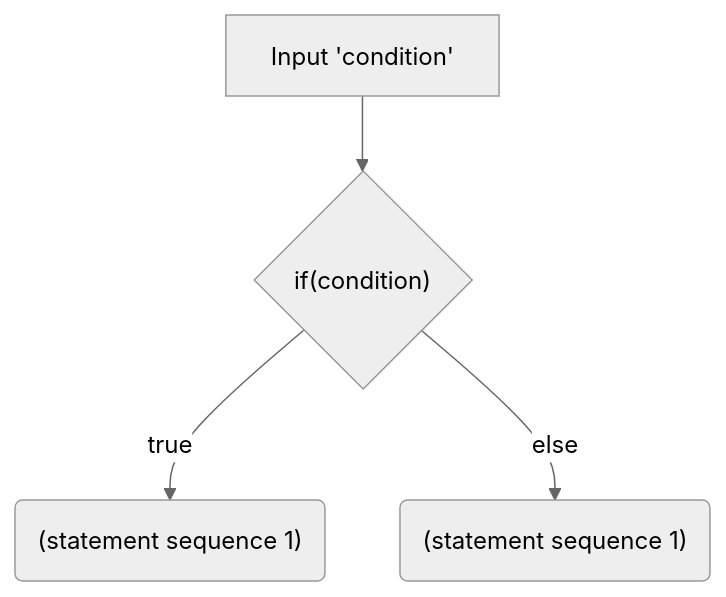
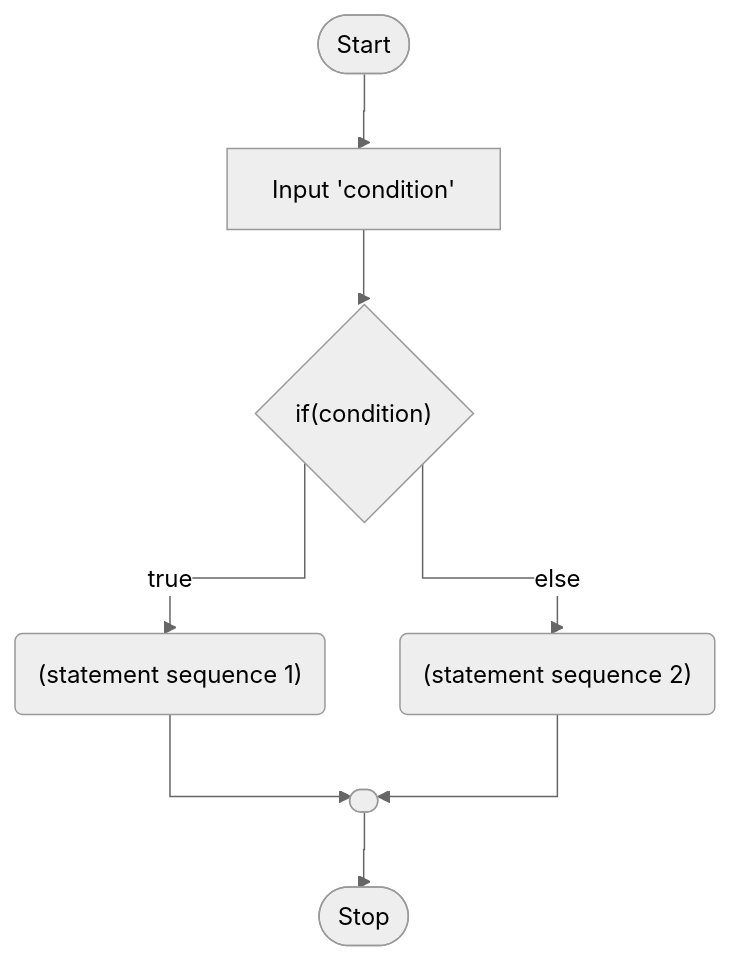
The first of 5 diagrams in 2binary/README.md (amydevs/php-assignments), drawn with Mermaid (neutral theme) before and after one commit. The commit also changed 1 other file, not shown here.

Commit message:
added more

````diff
--- a/2binary/README.md
+++ b/2binary/README.md
@@ -7,6 +7,12 @@
 ```mermaid
+
 graph TD
-	input["Input 'condition'"] --> A{"if(condition)"} 
-    A --> |true| B("(statement sequence 1)")
-    A --> |else| C("(statement sequence 1)")
+	
+	join([ ])
+	stop([Stop])
+	start([Start]) --> input["Input 'condition'"] --> A{"if(condition)"} 
+    A --> |true| B("(statement sequence 1)") --> join
+    A --> |else| C("(statement sequence 2)") --> join
+    join --> stop
+    linkStyle default interpolate stepBefore;
 ```
````
